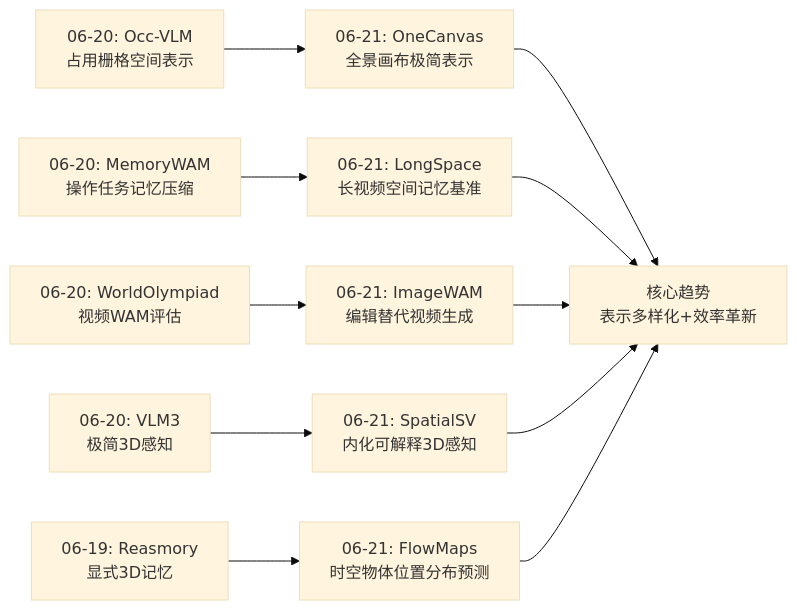
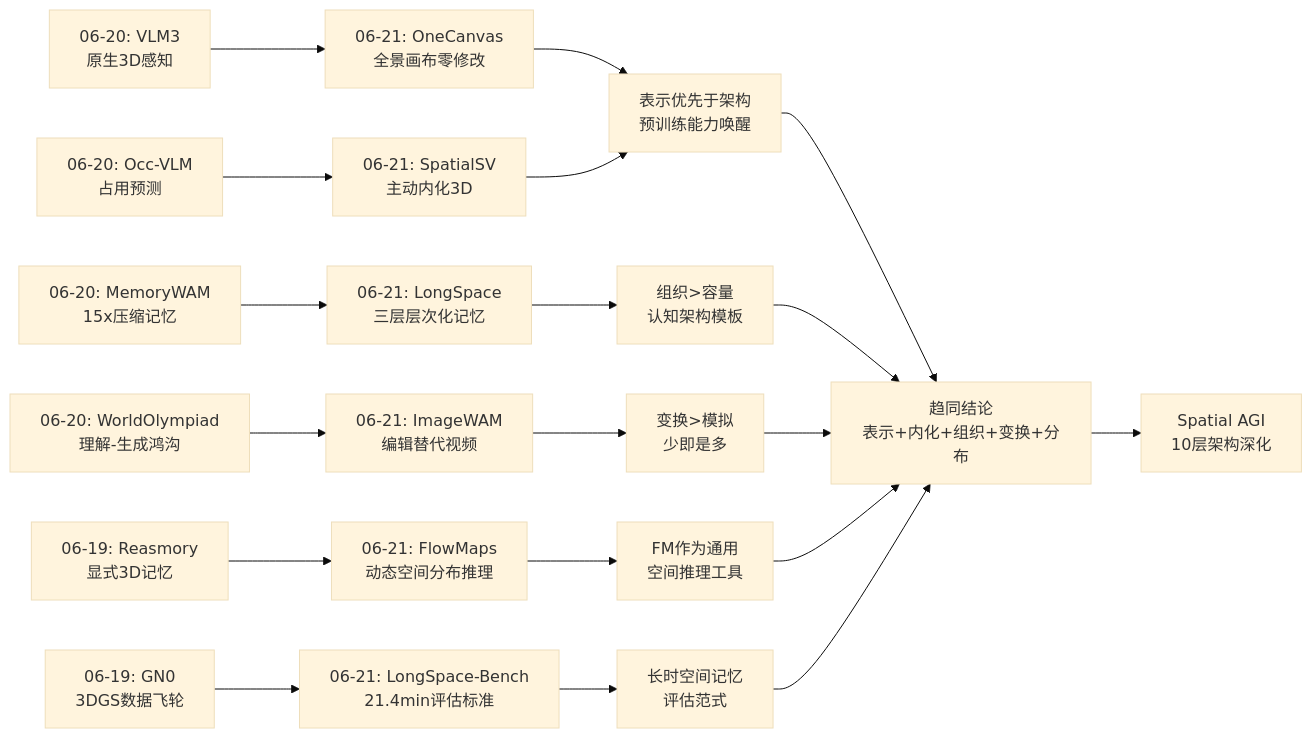
The second of 4 diagrams in daily_thinking/2026-06-21.md (ahangchen/spatial_agi), drawn with Mermaid (base theme) before and after one commit. The commit also changed other lines of this file, not shown here.

First line of the commit message:
feat: Spatial AGI Research - 2026-06-21

````diff
--- a/daily_thinking/2026-06-21.md
+++ b/daily_thinking/2026-06-21.md
@@ -162,13 +234,27 @@
 ```mermaid
 graph LR
-    A["06-20: Occ-VLM<br/>占用栅格空间表示"] --> B["06-21: OneCanvas<br/>全景画布极简表示"]
-    C["06-20: MemoryWAM<br/>操作任务记忆压缩"] --> D["06-21: LongSpace<br/>长视频空间记忆基准"]
-    E["06-20: WorldOlympiad<br/>视频WAM评估"] --> F["06-21: ImageWAM<br/>编辑替代视频生成"]
-    G["06-20: VLM3<br/>极简3D感知"] --> H["06-21: SpatialSV<br/>内化可解释3D感知"]
-    I["06-19: Reasmory<br/>显式3D记忆"] --> J["06-21: FlowMaps<br/>时空物体位置分布预测"]
-    B --> K["核心趋势<br/>表示多样化+效率革新"]
-    D --> K
-    F --> K
-    H --> K
-    J --> K
+    A["06-20: VLM3<br/>原生3D感知"] --> B["06-21: OneCanvas<br/>全景画布零修改"]
+    A2["06-20: Occ-VLM<br/>占用预测"] --> D["06-21: SpatialSV<br/>主动内化3D"]
+    B --> C["表示优先于架构<br/>预训练能力唤醒"]
+    D --> C
+    
+    E["06-20: MemoryWAM<br/>15x压缩记忆"] --> F["06-21: LongSpace<br/>三层层次化记忆"]
+    F --> G["组织>容量<br/>认知架构模板"]
+    
+    H["06-20: WorldOlympiad<br/>理解-生成鸿沟"] --> I["06-21: ImageWAM<br/>编辑替代视频"]
+    I --> J["变换>模拟<br/>少即是多"]
+    
+    K["06-19: Reasmory<br/>显式3D记忆"] --> L["06-21: FlowMaps<br/>动态空间分布推理"]
+    L --> M["FM作为通用<br/>空间推理工具"]
+    
+    N["06-19: GN0<br/>3DGS数据飞轮"] --> O["06-21: LongSpace-Bench<br/>21.4min评估标准"]
+    O --> P["长时空间记忆<br/>评估范式"]
+    
+    C --> Q["趋同结论<br/>表示+内化+组织+变换+分布"]
+    G --> Q
+    J --> Q
+    M --> Q
+    P --> Q
+    
+    Q --> R["Spatial AGI<br/>10层架构深化"]
 ```
````
